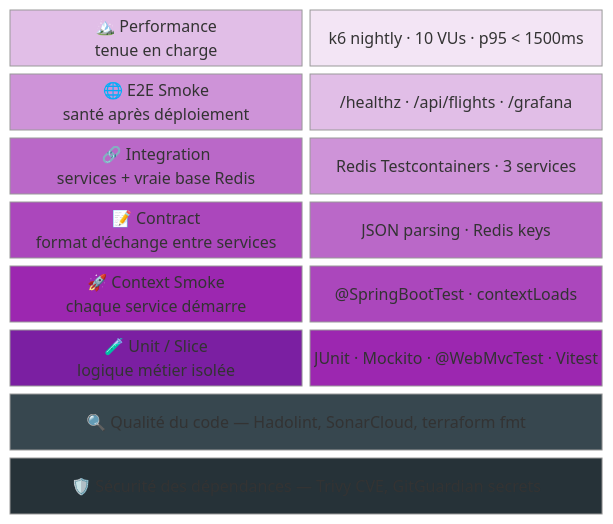
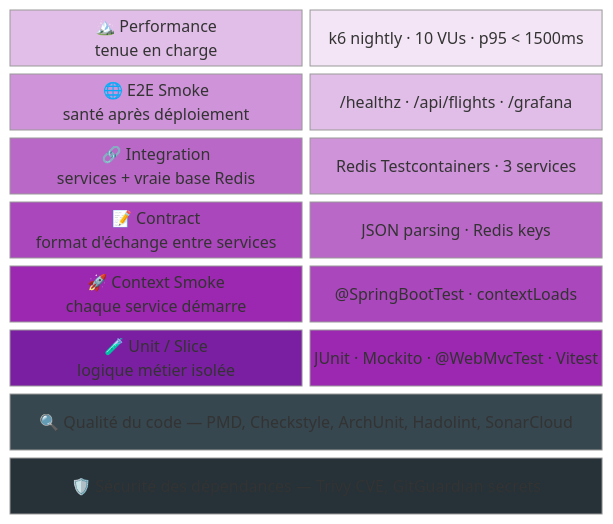
Before and after one commit to ClementV78/CloudRadar: the first of 7 diagrams in docs/testing-overview.md, drawn with Mermaid (neutral theme). The commit also changed other lines of this file and 5 other files, not shown here.

First line of the commit message:
docs(quality): update docs for PMD/Checkstyle/ArchUnit + SARIF/Code Scanning

````diff
--- a/docs/testing-overview.md
+++ b/docs/testing-overview.md
@@ -27,28 +27,28 @@
 ```mermaid
 block-beta
   columns 2
 
   P["🏔️ Performance<br>tenue en charge"]:1 Pd["k6 nightly · 10 VUs · p95 < 1500ms"]:1
   E["🌐 E2E Smoke<br>santé après déploiement"]:1 Ed["/healthz · /api/flights · /grafana"]:1
   D["🔗 Integration<br>services + vraie base Redis"]:1 Dd["Redis Testcontainers · 3 services"]:1
   C["📝 Contract<br>format d'échange entre services"]:1 Cd["JSON parsing · Redis keys"]:1
   S["🚀 Context Smoke<br>chaque service démarre"]:1 Sd["@SpringBootTest · contextLoads"]:1
   U["🧪 Unit / Slice<br>logique métier isolée"]:1 Ud["JUnit · Mockito · @WebMvcTest · Vitest"]:1
-  SA["🔍 Qualité du code — Hadolint, SonarCloud, terraform fmt"]:2
+  SA["🔍 Qualité du code — PMD, Checkstyle, ArchUnit, Hadolint, SonarCloud"]:2
   SC["🛡️ Sécurité des dépendances — Trivy CVE, GitGuardian secrets"]:2
 
   style P fill:#e1bee7,color:#000
   style Pd fill:#f3e5f5,color:#000
   style E fill:#ce93d8,color:#000
   style Ed fill:#e1bee7,color:#000
   style D fill:#ba68c8,color:#fff
   style Dd fill:#ce93d8,color:#000
   style C fill:#ab47bc,color:#fff
   style Cd fill:#ba68c8,color:#fff
   style S fill:#9c27b0,color:#fff
   style Sd fill:#ab47bc,color:#fff
   style U fill:#7b1fa2,color:#fff
   style Ud fill:#9c27b0,color:#fff
   style SA fill:#37474f,color:#fff
   style SC fill:#263238,color:#fff
 ```
````
